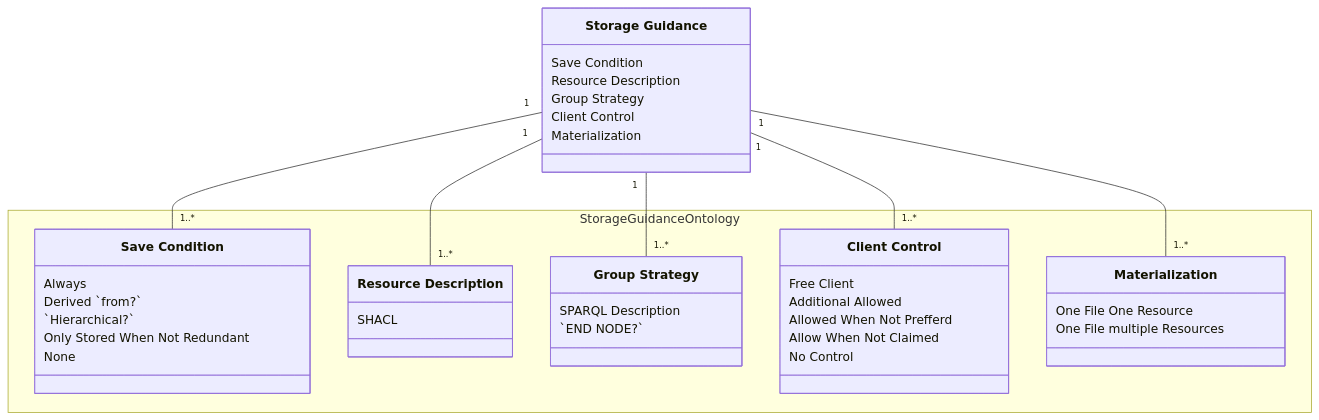
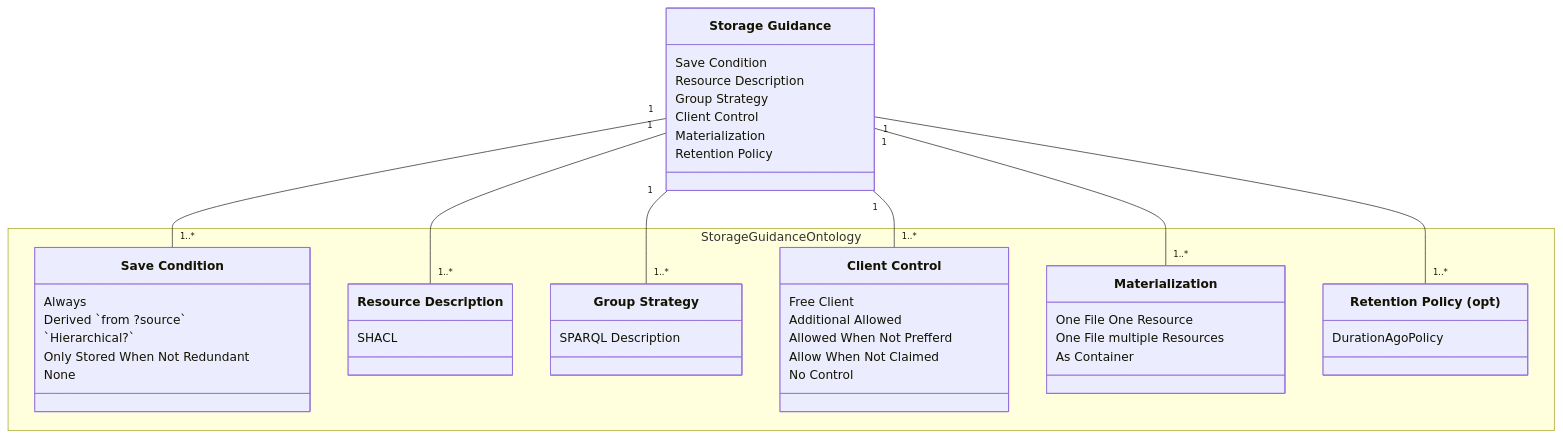
The diagram in solution/storage-guidance-ontology/index.md (jitsedesmet/thesis), drawn with Mermaid before and after one commit. The commit also changed other lines of this file, not shown here.

Commit message:
add PR to graph

```diff
--- a/solution/storage-guidance-ontology/index.md
+++ b/solution/storage-guidance-ontology/index.md
@@ -14,48 +14,54 @@
 <pre class="mermaid">
 classDiagram
     SG "1" -- "1..*" SC
     SG "1" -- "1..*" RD
     SG "1" -- "1..*" GS
     SG "1" -- "1..*" CC
     SG "1" -- "1..*" M
+    SG "1" -- "1..*" RP
     class SG["Storage Guidance"]{
         Save Condition
         Resource Description
         Group Strategy
         Client Control
         Materialization
+        Retention Policy
     }
 namespace StorageGuidanceOntology{
     class SC["Save Condition"]{
         Always
-        Derived `from?`
+        Derived `from ?source`
         `Hierarchical?`
         Only Stored When Not Redundant
         None
     }
     class RD["Resource Description"] {
         SHACL
     }
     class GS["Group Strategy"]{
         SPARQL Description
-        `END NODE?`
     }
     class CC["Client Control"] {
         Free Client
         Additional Allowed
         Allowed When Not Prefferd
         Allow When Not Claimed
         No Control
     }
     class M["Materialization"] {
         One File One Resource
         One File multiple Resources
+        As Container 
+    }
+    class RP["Retention Policy (opt)"] {
+        DurationAgoPolicy
     }
 }
 link SG "#"
 link SC "#save-condition"
 link RD "#resource-description"
 link GS "#group-strategy"
 link CC "#client-control"
 link M "#resource-materialization"
+link RP "#retention-policy"
 </pre>
```
